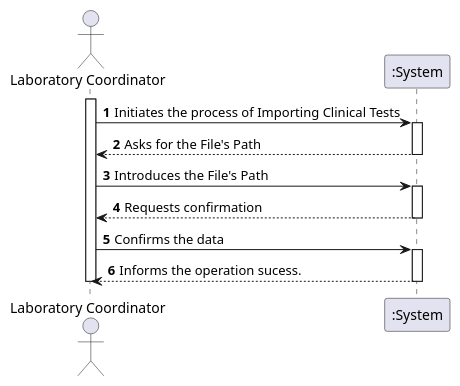
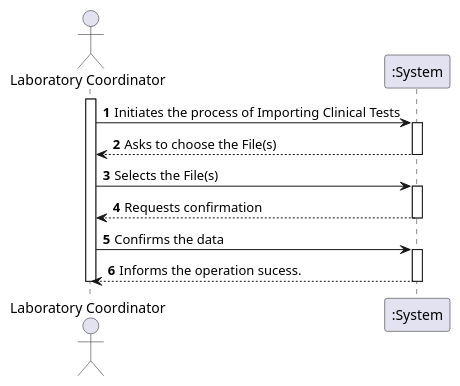
One commit to manu-07-ela/LAPR2_ISEP changed the diagram in docs/SprintD/US17/US17_SSD.puml. Above: the diagram before and after it, drawn with PlantUML. The commit also changed 8 other files, not shown here.

```diff
--- a/docs/SprintD/US17/US17_SSD.puml
+++ b/docs/SprintD/US17/US17_SSD.puml
@@ -1,25 +1,25 @@
 @startuml
 autonumber
 actor "Laboratory Coordinator" as LabCod
 
 activate LabCod
 LabCod -> ":System" : Initiates the process of Importing Clinical Tests
 activate ":System"
 
-":System" --> LabCod : Asks for the File's Path
+":System" --> LabCod : Asks to choose the File(s)
 deactivate ":System"
 
-LabCod -> ":System" : Introduces the File's Path
+LabCod -> ":System" : Selects the File(s)
 activate ":System"
 
 ":System" --> LabCod : Requests confirmation
 deactivate ":System"
 
 LabCod -> ":System" : Confirms the data
 activate ":System"
 ":System" --> LabCod : Informs the operation sucess.
 deactivate ":System"
 
 deactivate LabCod
 
 @enduml
```
